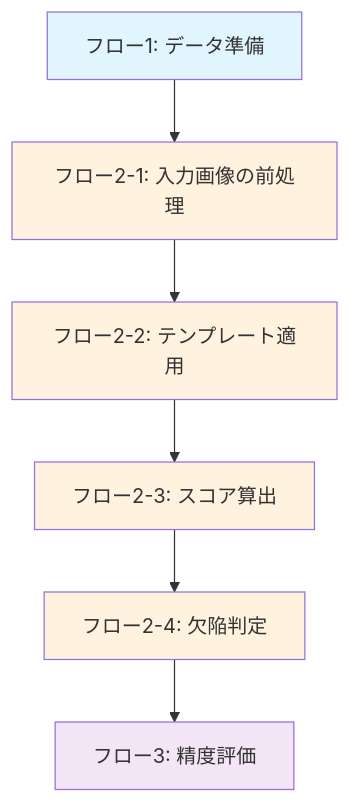
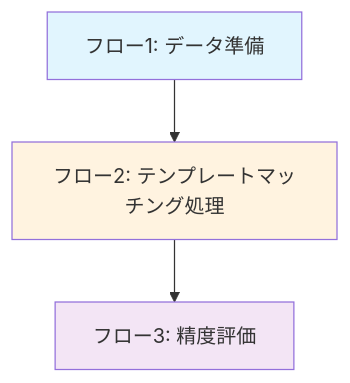
The diagram in README.md (yutut-app/test), drawn with Mermaid before and after one commit. The commit also changed other lines of this file, not shown here.

````diff
--- a/README.md
+++ b/README.md
@@ -1,25 +1,14 @@
 ```mermaid
 flowchart TD
     A[フロー1: データ準備]
-    
-    B1[フロー2-1: 入力画像の前処理]
-    B2[フロー2-2: テンプレート適用]
-    B3[フロー2-3: スコア算出]
-    B4[フロー2-4: 欠陥判定]
-    
+    B[フロー2: テンプレートマッチング処理]
     C[フロー3: 精度評価]
 
-    A --> B1
-    B1 --> B2
-    B2 --> B3
-    B3 --> B4
-    B4 --> C
+    A --> B
+    B --> C
 
     style A fill:#e1f5fe
-    style B1 fill:#fff3e0
-    style B2 fill:#fff3e0
-    style B3 fill:#fff3e0
-    style B4 fill:#fff3e0
+    style B fill:#fff3e0
     style C fill:#f3e5f5
 
 ```
````
